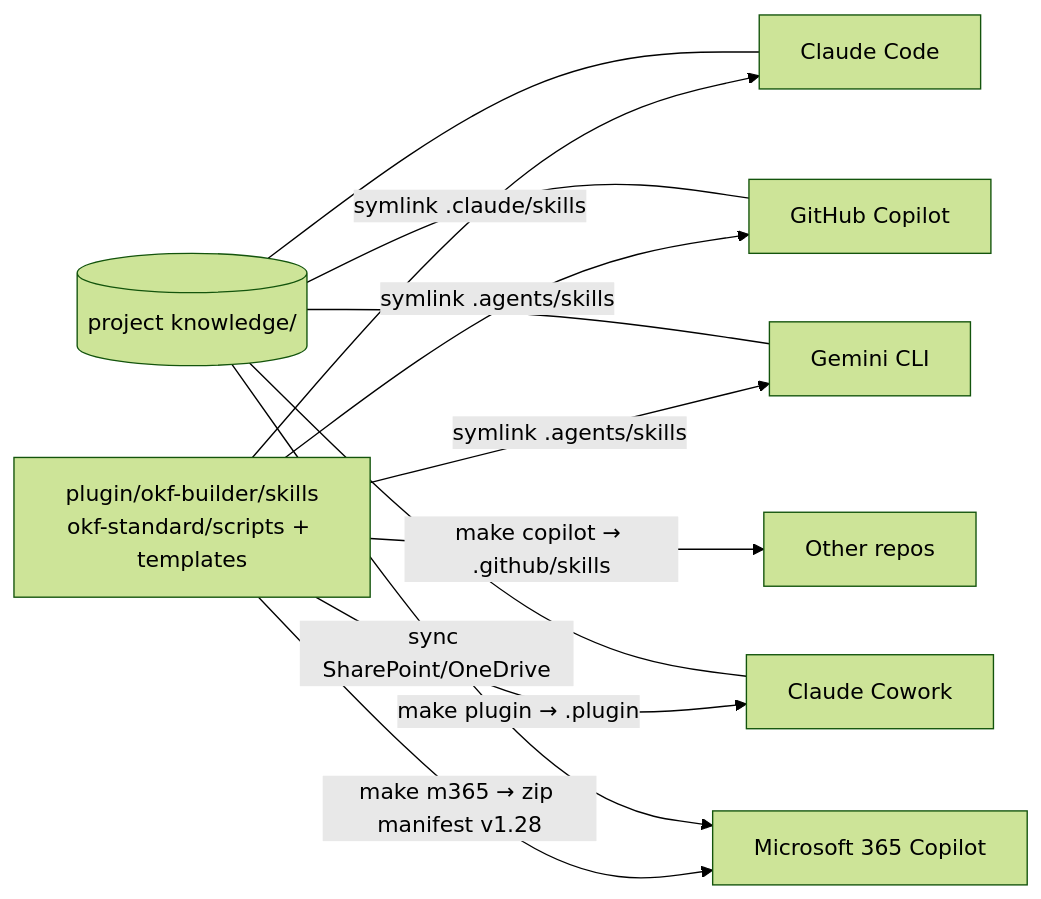
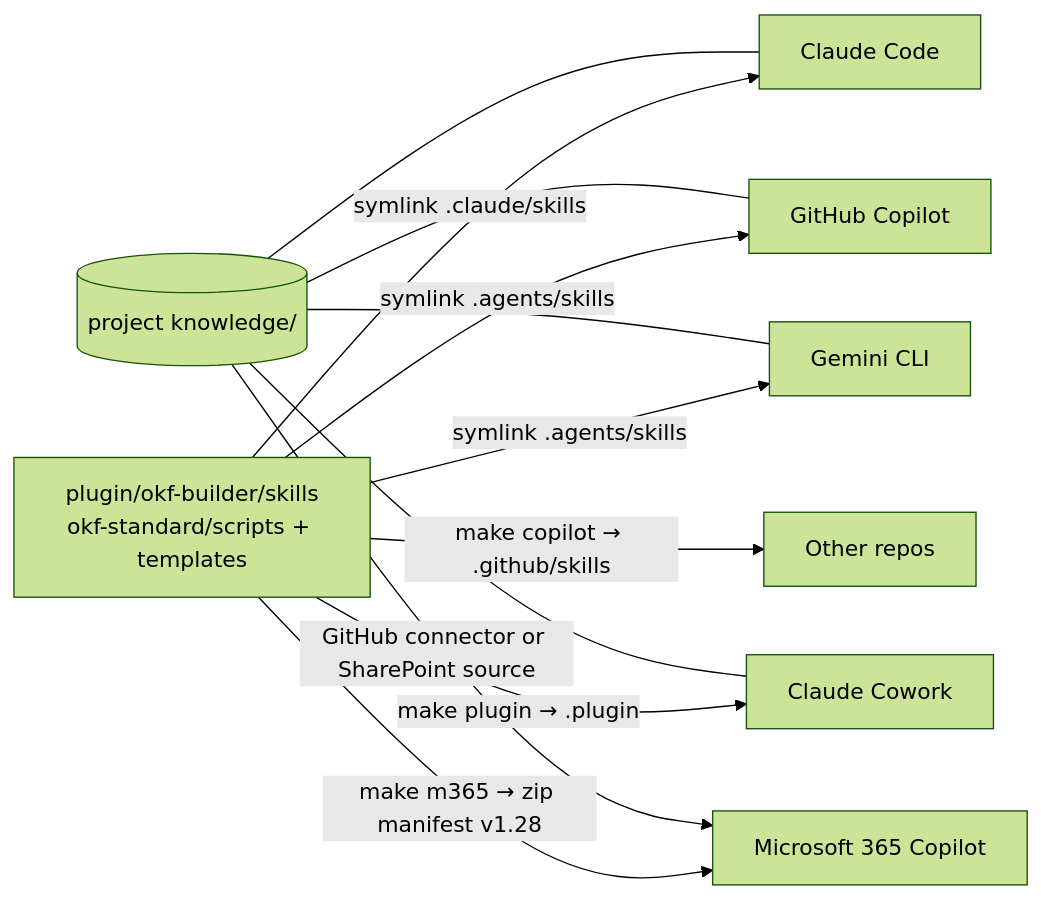
One commit to jisequilla/j3r3-okf-builder changed the diagram in knowledge/architecture/single-source-projections.md. Above: the diagram before and after it, drawn with Mermaid (forest theme). The commit also changed 4 other files, not shown here.

````diff
--- a/knowledge/architecture/single-source-projections.md
+++ b/knowledge/architecture/single-source-projections.md
@@ -12,12 +12,12 @@
 ```mermaid
 flowchart LR
   SRC[plugin/okf-builder/skills<br/>okf-standard/scripts + templates] 
   SRC -->|symlink .claude/skills| CC[Claude Code]
   SRC -->|symlink .agents/skills| GH[GitHub Copilot]
   SRC -->|symlink .agents/skills| GM[Gemini CLI]
   SRC -->|make plugin → .plugin| CW[Claude Cowork]
   SRC -->|make m365 → zip manifest v1.28| M365[Microsoft 365 Copilot]
   SRC -->|make copilot → .github/skills| OTR[Other repos]
   K[(project knowledge/)] --- CC & GH & GM & CW
-  K -->|sync SharePoint/OneDrive| M365
+  K -->|GitHub connector or SharePoint source| M365
 ```
````
